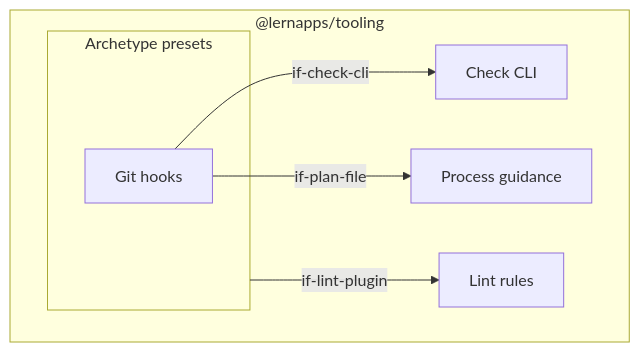
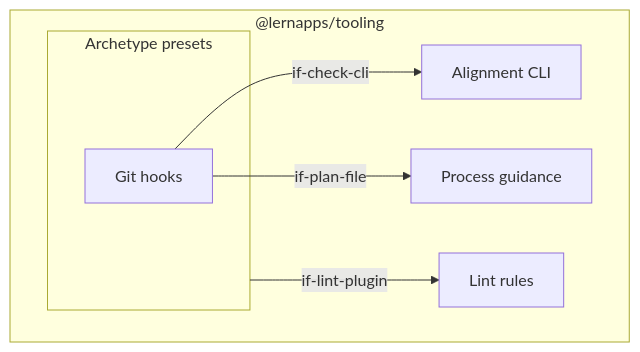
One commit to lernapps/tooling changed the second of 3 diagrams in docs/arc42/05-building-blocks.arc42.md. Above: the diagram before and after it, drawn with Mermaid. The commit also changed other lines of this file and 25 other files, not shown here.

````diff
--- a/docs/arc42/05-building-blocks.arc42.md
+++ b/docs/arc42/05-building-blocks.arc42.md
@@ -86,14 +86,14 @@
 ```mermaid
 flowchart TB
     subgraph bb-tooling-package["@lernapps/tooling"]
         subgraph bb-archetypes["Archetype presets"]
             bb-git-hooks["Git hooks"]
         end
-        bb-check-cli["Check CLI"]
+        bb-check-cli["Alignment CLI"]
         bb-process-guidance["Process guidance"]
         bb-lint-rules["Lint rules"]
     end
     bb-git-hooks -->|"if-check-cli"| bb-check-cli
     bb-git-hooks -->|"if-plan-file"| bb-process-guidance
     bb-archetypes -->|"if-lint-plugin"| bb-lint-rules
 ```
````
